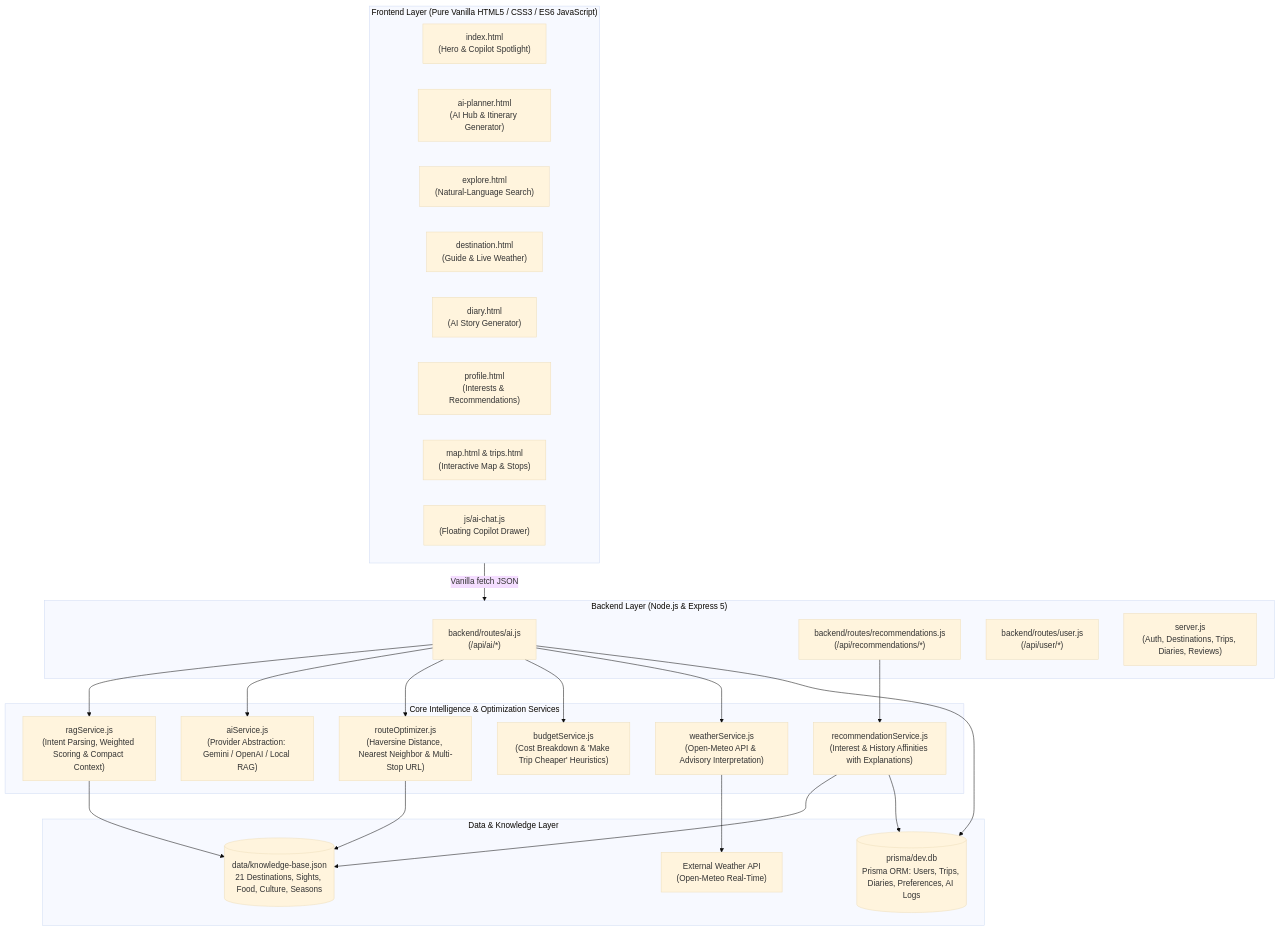
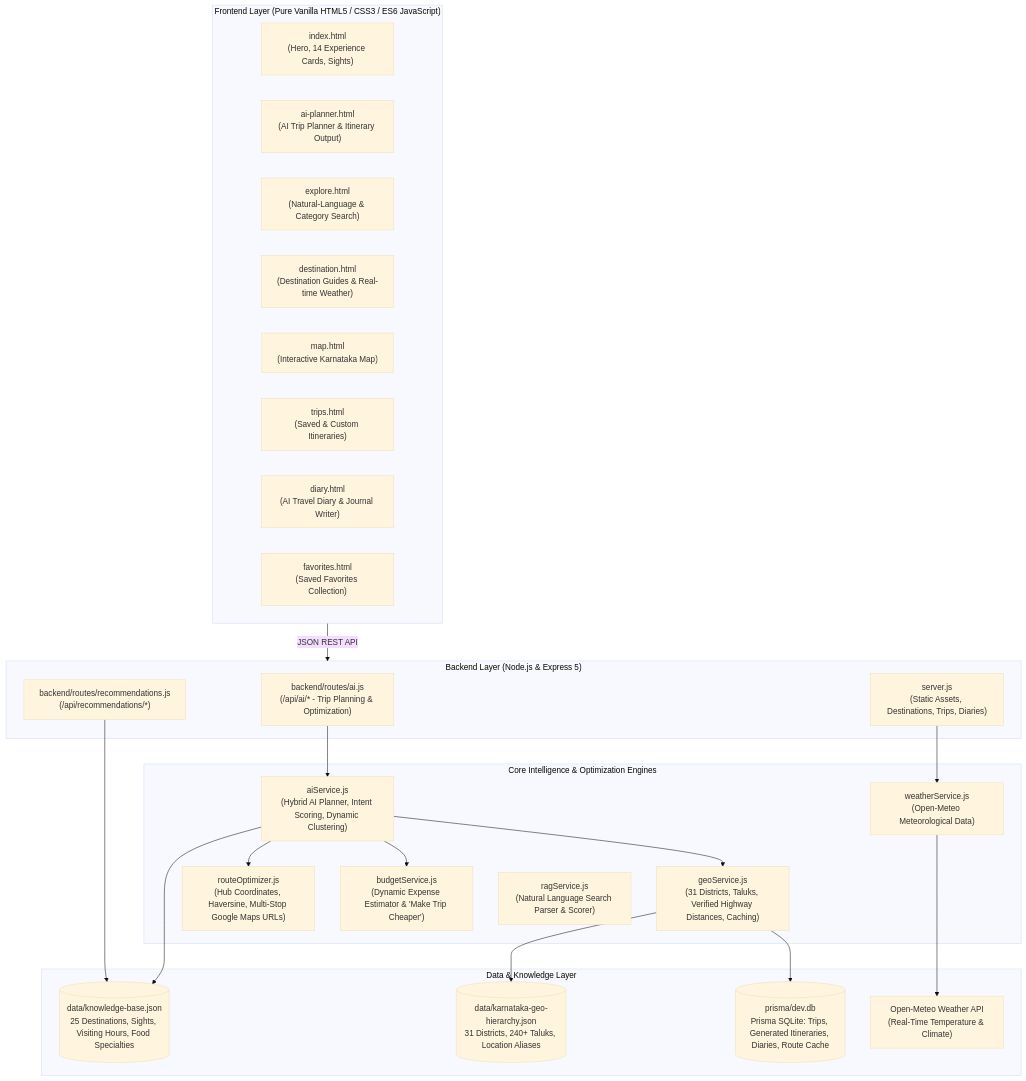
Before and after one commit to Tarunrn132/Karnataka-Travel-Diaries: the diagram in README.md, drawn with Mermaid (base theme). The commit also changed other lines of this file, not shown here.

Commit message:
Improve AI trip planner and remove authentication

````diff
--- a/README.md
+++ b/README.md
@@ -19,50 +18,47 @@
 ```mermaid
 graph TD
     subgraph Frontend["Frontend Layer (Pure Vanilla HTML5 / CSS3 / ES6 JavaScript)"]
-        UI_Home["index.html<br/>(Hero & Copilot Spotlight)"]
-        UI_Planner["ai-planner.html<br/>(AI Hub & Itinerary Generator)"]
-        UI_Explore["explore.html<br/>(Natural-Language Search)"]
-        UI_Dest["destination.html<br/>(Guide & Live Weather)"]
-        UI_Diary["diary.html<br/>(AI Story Generator)"]
-        UI_Profile["profile.html<br/>(Interests & Recommendations)"]
-        UI_Map["map.html & trips.html<br/>(Interactive Map & Stops)"]
-        UI_Chat["js/ai-chat.js<br/>(Floating Copilot Drawer)"]
+        UI_Home["index.html<br/>(Hero, 14 Experience Cards, Sights)"]
+        UI_Planner["ai-planner.html<br/>(AI Trip Planner & Itinerary Output)"]
+        UI_Explore["explore.html<br/>(Natural-Language & Category Search)"]
+        UI_Dest["destination.html<br/>(Destination Guides & Real-time Weather)"]
+        UI_Map["map.html<br/>(Interactive Karnataka Map)"]
+        UI_Trips["trips.html<br/>(Saved & Custom Itineraries)"]
+        UI_Diary["diary.html<br/>(AI Travel Diary & Journal Writer)"]
+        UI_Fav["favorites.html<br/>(Saved Favorites Collection)"]
     end
 
     subgraph Backend["Backend Layer (Node.js & Express 5)"]
-        Router_AI["backend/routes/ai.js<br/>(/api/ai/*)"]
+        Router_AI["backend/routes/ai.js<br/>(/api/ai/* - Trip Planning & Optimization)"]
         Router_Rec["backend/routes/recommendations.js<br/>(/api/recommendations/*)"]
-        Router_User["backend/routes/user.js<br/>(/api/user/*)"]
-        Router_Legacy["server.js<br/>(Auth, Destinations, Trips, Diaries, Reviews)"]
+        Router_Server["server.js<br/>(Static Assets, Destinations, Trips, Diaries)"]
     end
 
-    subgraph Services["Core Intelligence & Optimization Services"]
-        RAG["ragService.js<br/>(Intent Parsing, Weighted Scoring & Compact Context)"]
-        AIService["aiService.js<br/>(Provider Abstraction: Gemini / OpenAI / Local RAG)"]
-        RouteOpt["routeOptimizer.js<br/>(Haversine Distance, Nearest Neighbor & Multi-Stop URL)"]
-        BudgetSvc["budgetService.js<br/>(Cost Breakdown & 'Make Trip Cheaper' Heuristics)"]
-        WeatherSvc["weatherService.js<br/>(Open-Meteo API & Advisory Interpretation)"]
-        RecSvc["recommendationService.js<br/>(Interest & History Affinities with Explanations)"]
+    subgraph Intelligence["Core Intelligence & Optimization Engines"]
+        AIService["aiService.js<br/>(Hybrid AI Planner, Intent Scoring, Dynamic Clustering)"]
+        GeoService["geoService.js<br/>(31 Districts, Taluks, Verified Highway Distances, Caching)"]
+        RouteOpt["routeOptimizer.js<br/>(Hub Coordinates, Haversine, Multi-Stop Google Maps URLs)"]
+        BudgetSvc["budgetService.js<br/>(Dynamic Expense Estimator & 'Make Trip Cheaper')"]
+        WeatherSvc["weatherService.js<br/>(Open-Meteo Meteorological Data)"]
+        RAG["ragService.js<br/>(Natural Language Search Parser & Scorer)"]
     end
 
     subgraph DataStore["Data & Knowledge Layer"]
-        KB[("data/knowledge-base.json<br/>21 Destinations, Sights, Food, Culture, Seasons")]
-        SQLite[("prisma/dev.db<br/>Prisma ORM: Users, Trips, Diaries, Preferences, AI Logs")]
-        WeatherAPI["External Weather API<br/>(Open-Meteo Real-Time)"]
+        KB[("data/knowledge-base.json<br/>25 Destinations, Sights, Visiting Hours, Food Specialties")]
+        GeoHierarchy[("data/karnataka-geo-hierarchy.json<br/>31 Districts, 240+ Taluks, Location Aliases")]
+        SQLite[("prisma/dev.db<br/>Prisma SQLite: Trips, Generated Itineraries, Diaries, Route Cache")]
+        WeatherAPI["Open-Meteo Weather API<br/>(Real-Time Temperature & Climate)"]
     end
 
-    Frontend -->|Vanilla fetch JSON| Backend
-    Router_AI --> RAG
+    Frontend -->|JSON REST API| Backend
     Router_AI --> AIService
-    Router_AI --> RouteOpt
-    Router_AI --> BudgetSvc
-    Router_AI --> WeatherSvc
-    Router_Rec --> RecSvc
-
-    RAG --> KB
-    RecSvc --> KB
-    RecSvc --> SQLite
-    RouteOpt --> KB
+    AIService --> GeoService
+    AIService --> RouteOpt
+    AIService --> BudgetSvc
+    AIService --> KB
+    GeoService --> GeoHierarchy
+    GeoService --> SQLite
+    Router_Server --> WeatherSvc
     WeatherSvc --> WeatherAPI
-    Router_AI --> SQLite
+    Router_Rec --> KB
 ```
````
